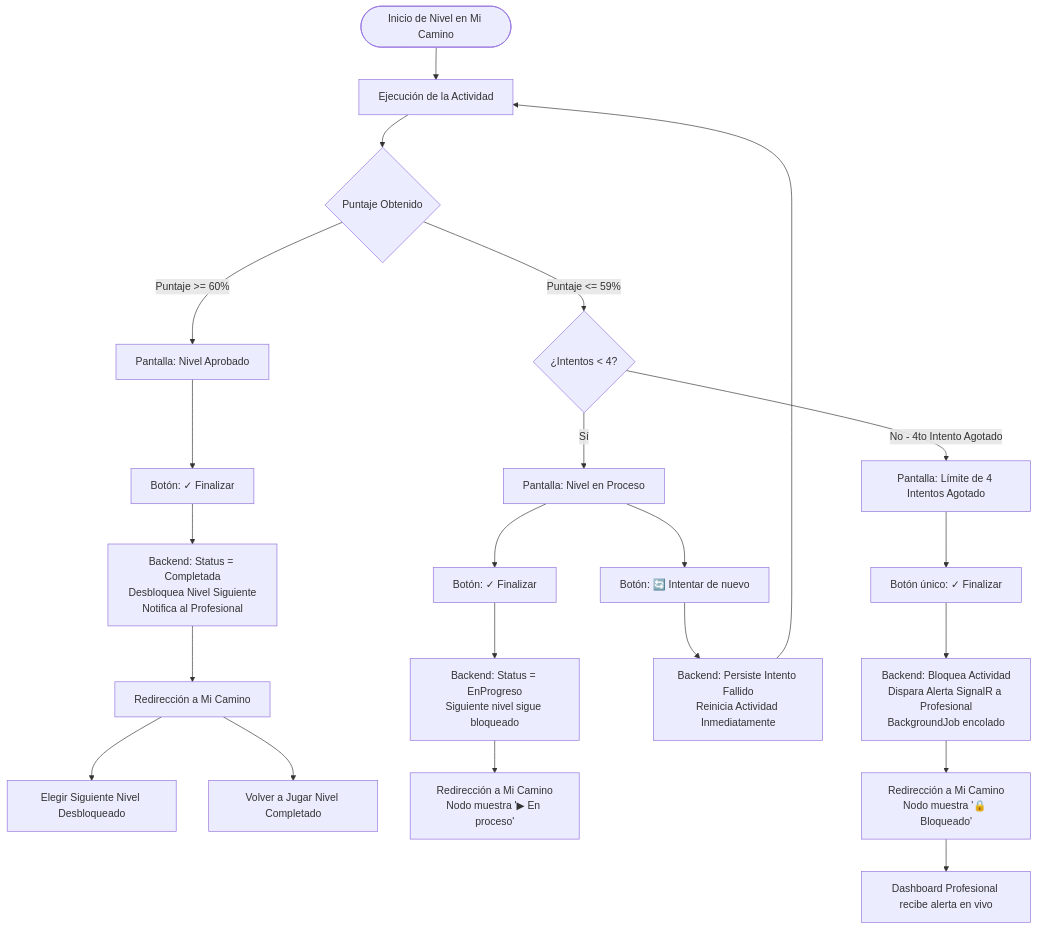
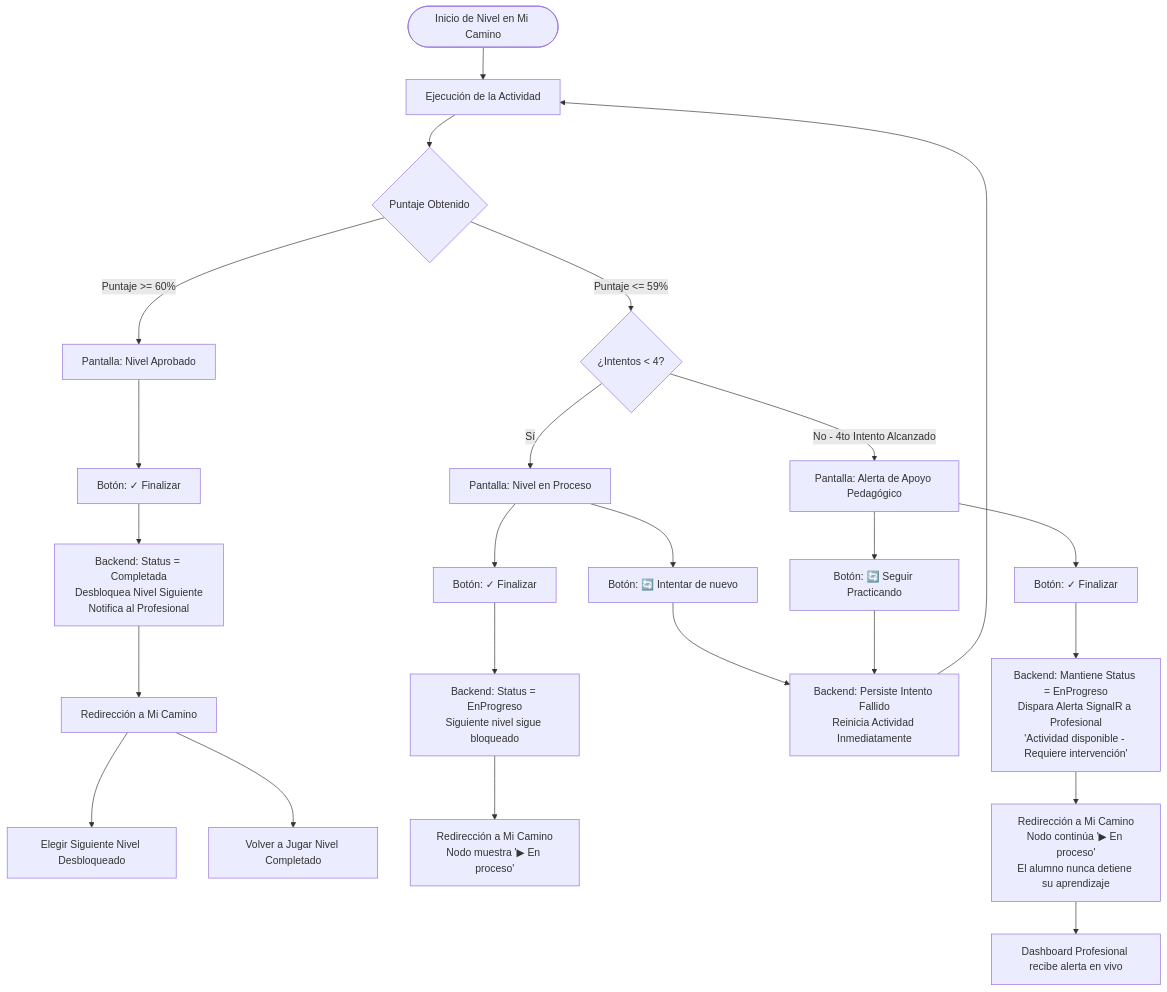
Before and after one commit to Sacha-html/InclusiON: the diagram in DOCUMENTACION_RESOLUCION_ROADMAP_NIVELES.md, drawn with Mermaid. The commit also changed other lines of this file and 7 other files, not shown here.

Commit message:
docs: alinear especificacion de roadmap canonico DUA (10 niveles), alerta pedagogica sin bloqueo y actualizar DER a espanol

````diff
--- a/DOCUMENTACION_RESOLUCION_ROADMAP_NIVELES.md
+++ b/DOCUMENTACION_RESOLUCION_ROADMAP_NIVELES.md
@@ -62,34 +60,36 @@
 ```mermaid
 flowchart TD
     A([Inicio de Nivel en Mi Camino]) --> B[Ejecución de la Actividad]
     B --> C{Puntaje Obtenido}
 
     %% Rama Aprobada
     C -->|Puntaje >= 60%| D[Pantalla: Nivel Aprobado]
     D --> E[Botón: ✓ Finalizar]
     E --> F[Backend: Status = Completada\nDesbloquea Nivel Siguiente\nNotifica al Profesional]
     F --> G[Redirección a Mi Camino]
     G --> H1[Elegir Siguiente Nivel Desbloqueado]
     G --> H2[Volver a Jugar Nivel Completado]
 
     %% Rama Fallida
     C -->|Puntaje <= 59%| I{¿Intentos < 4?}
     
     %% Menos de 4 intentos
     I -->|Sí| J[Pantalla: Nivel en Proceso]
     J --> K1[Botón: ✓ Finalizar]
     J --> K2[Botón: 🔄 Intentar de nuevo]
     
     K1 --> L[Backend: Status = EnProgreso\nSiguiente nivel sigue bloqueado]
     L --> M[Redirección a Mi Camino\nNodo muestra '▶ En proceso']
     
     K2 --> N[Backend: Persiste Intento Fallido\nReinicia Actividad Inmediatamente]
     N --> B
 
-    %% 4 intentos agotados
-    I -->|No - 4to Intento Agotado| O[Pantalla: Límite de 4 Intentos Agotado]
-    O --> P[Botón único: ✓ Finalizar]
-    P --> Q[Backend: Bloquea Actividad\nDispara Alerta SignalR a Profesional\nBackgroundJob encolado]
-    Q --> R[Redirección a Mi Camino\nNodo muestra '🔒 Bloqueado']
+    %% 4 intentos alcanzados (Alerta sin bloqueo)
+    I -->|No - 4to Intento Alcanzado| O[Pantalla: Alerta de Apoyo Pedagógico]
+    O --> P1[Botón: ✓ Finalizar]
+    O --> P2[Botón: 🔄 Seguir Practicando]
+    P1 --> Q[Backend: Mantiene Status = EnProgreso\nDispara Alerta SignalR a Profesional\n'Actividad disponible - Requiere intervención']
+    P2 --> N
+    Q --> R[Redirección a Mi Camino\nNodo continúa '▶ En proceso'\nEl alumno nunca detiene su aprendizaje]
     R --> S[Dashboard Profesional recibe alerta en vivo]
 ```
````
